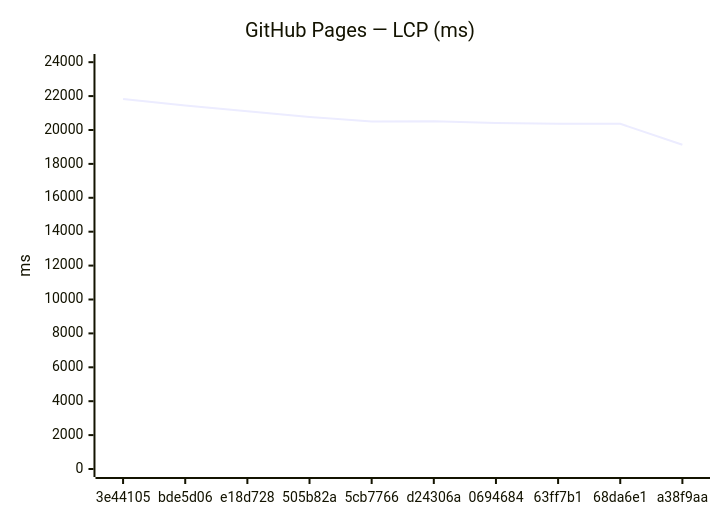
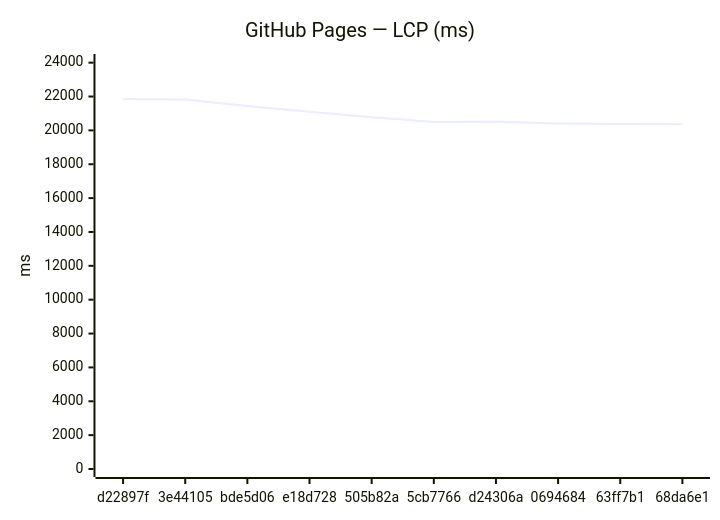
One commit to Metaheurist/Rianell changed the third of 18 diagrams in benchmarks/compare.md. Above: the diagram before and after it, drawn with Mermaid. The commit also changed other lines of this file and 11 other files, not shown here.

````diff
--- a/benchmarks/compare.md
+++ b/benchmarks/compare.md
@@ -54,7 +54,7 @@
 ```mermaid
 xychart-beta
     title "GitHub Pages — LCP (ms)"
-    x-axis ["3e44105", "bde5d06", "e18d728", "505b82a", "5cb7766", "d24306a", "0694684", "63ff7b1", "68da6e1", "a38f9aa"]
-    y-axis "ms" 0 --> 24011
-    line [21828, 21442, 21100, 20773, 20501, 20513, 20406, 20374, 20366, 19133]
+    x-axis ["d22897f", "3e44105", "bde5d06", "e18d728", "505b82a", "5cb7766", "d24306a", "0694684", "63ff7b1", "68da6e1"]
+    y-axis "ms" 0 --> 24039
+    line [21853, 21828, 21442, 21100, 20773, 20501, 20513, 20406, 20374, 20366]
 ```
````
